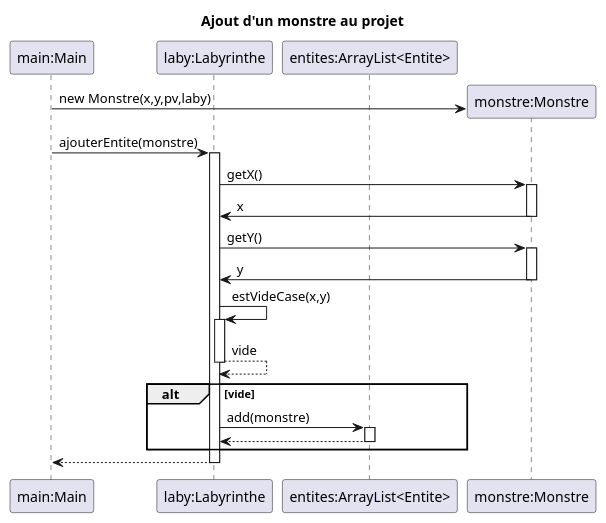
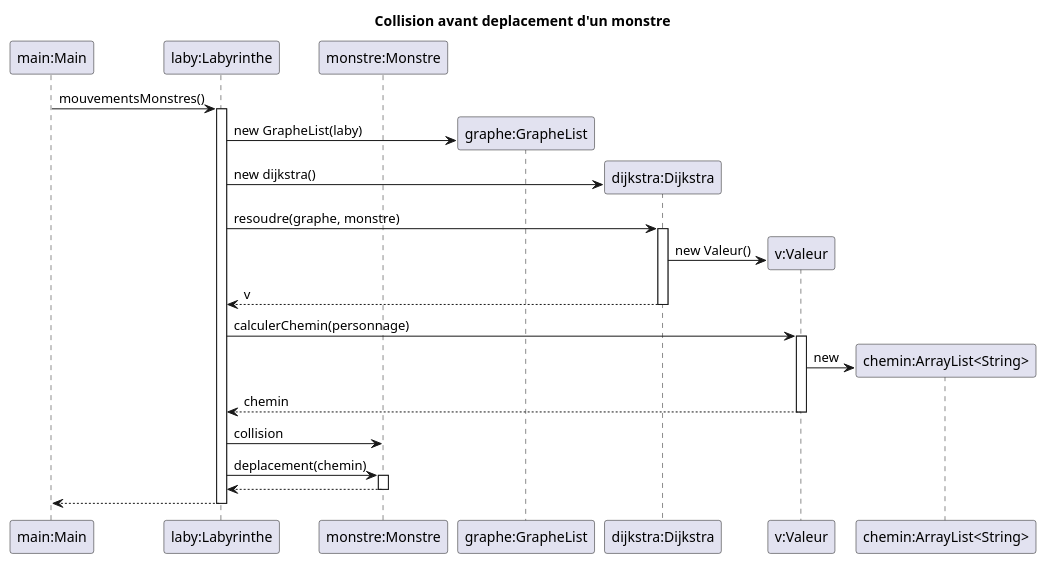
Before and after one commit to adrienMGN/2024_Zeldiablo_mangin225u_dewasch2u_favier36u_fontaine_noel332u: the diagram in zeldiablo/src/gameLaby/Fonctionnement_Sequence.puml, drawn with PlantUML. The commit also changed 1 other file, not shown here.

```diff
--- a/zeldiablo/src/gameLaby/Fonctionnement_Sequence.puml
+++ b/zeldiablo/src/gameLaby/Fonctionnement_Sequence.puml
@@ -1,35 +1,40 @@
 @startuml
-title Ajout d'un monstre au projet
+title Collision avant deplacement d'un monstre
 
 participant "main:Main" as main
 participant "laby:Labyrinthe" as laby
-participant "entites:ArrayList<Entite>" as entites
+participant "monstre:Monstre" as monstre
 
-create "monstre:Monstre" as monstre
-main -> monstre: new Monstre(x,y,pv,laby)
 
-main -> laby: ajouterEntite(monstre)
+main -> laby: mouvementsMonstres()
 activate laby
-laby -> monstre: getX()
+create "graphe:GrapheList" as graphe
+laby -> graphe: new GrapheList(laby)
+create "dijkstra:Dijkstra" as dijkstra
+laby -> dijkstra: new dijkstra()
+
+laby -> dijkstra: resoudre(graphe, monstre)
+activate dijkstra
+create "v:Valeur" as v
+dijkstra -> v: new Valeur()
+dijkstra --> laby: v
+deactivate dijkstra
+
+laby -> v: calculerChemin(personnage)
+activate v
+create "chemin:ArrayList<String>" as chemin
+v -> chemin: new
+v --> laby: chemin
+deactivate v
+
+laby -> monstre: collision
+
+laby -> monstre: deplacement(chemin)
 activate monstre
-monstre -> laby: x
-deactivate monstre
-laby -> monstre: getY()
-activate monstre
-monstre -> laby: y
+monstre --> laby
 deactivate monstre
 
-laby -> laby: estVideCase(x,y)
-activate laby
-laby --> laby: vide
-deactivate laby
-alt vide
-    laby -> entites : add(monstre)
-    activate entites
-    entites --> laby
-    deactivate entites
-end
 laby --> main
 deactivate laby
 
 @enduml
```
